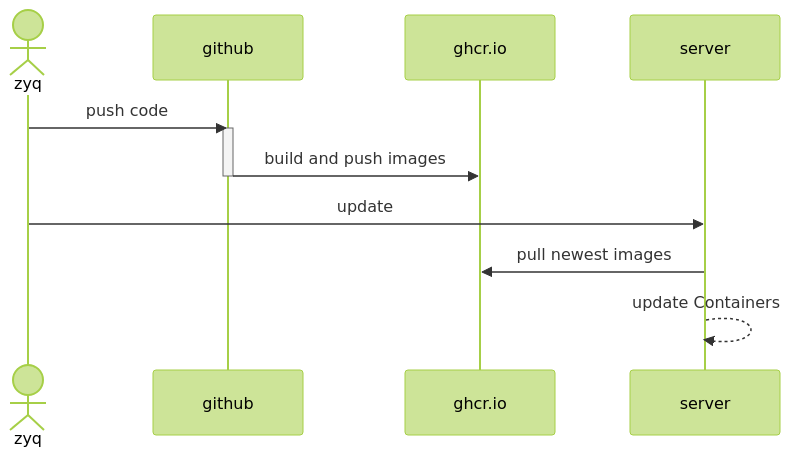
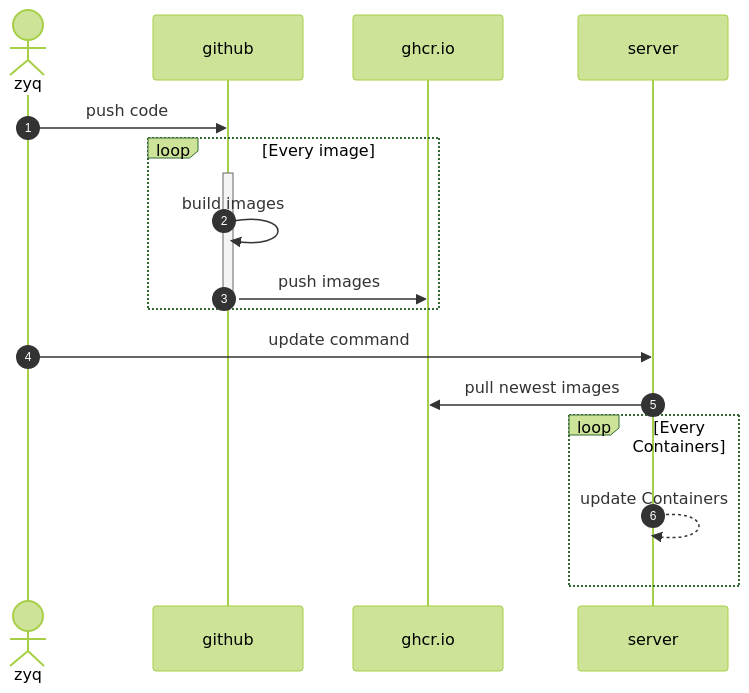
Before and after one commit to zhaoyiqing97/BigThree: the diagram in README.md, drawn with Mermaid (forest theme).

````diff
--- a/README.md
+++ b/README.md
@@ -34,14 +34,20 @@
 ```mermaid
 sequenceDiagram
+      autonumber
       actor zyq
       participant github
       participant ghcr.io      
       participant server
       zyq->>github: push code
-      activate github
-      github->>ghcr.io: build and push images
-      deactivate github
-      zyq->>server: update
+      loop Every image
+        activate github
+        github->>github: build images
+        github->>ghcr.io: push images
+        deactivate github
+      end
+      zyq->>server: update command
       server->>ghcr.io: pull newest images
-      server-->>server: update Containers
+      loop Every Containers
+        server-->>server: update Containers
+      end
 ```
````
